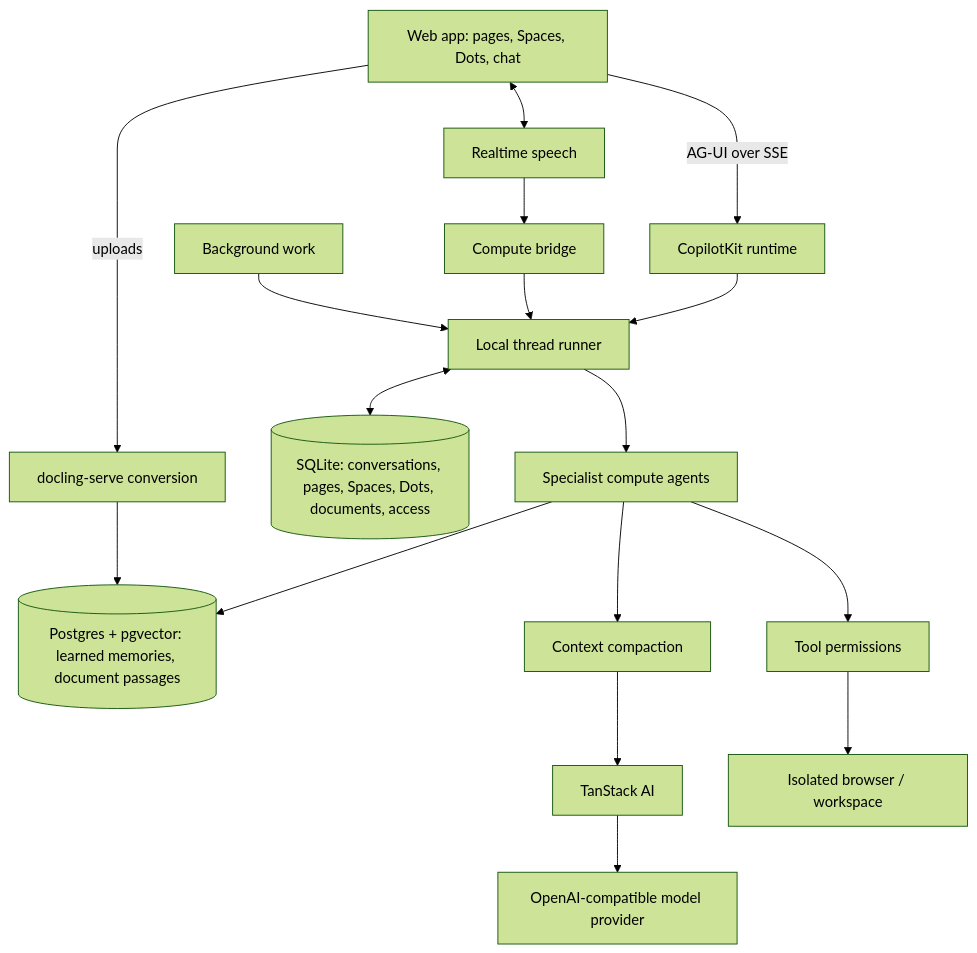
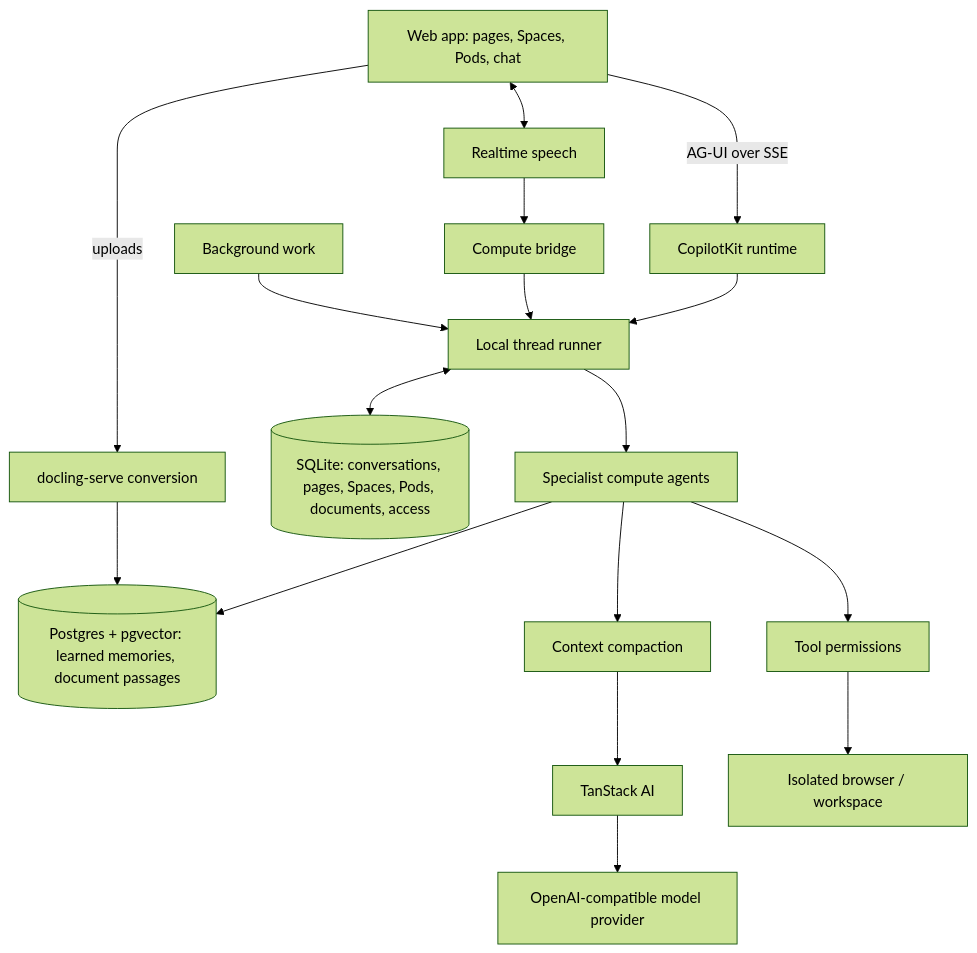
Before and after one commit to The-Always-Open-Company/OpenDots: the diagram in README.md, drawn with Mermaid (forest theme). The commit also changed other lines of this file and 71 other files, not shown here.

Commit message:
Rename user-facing Dots and OpenDots copy to Pods so the interface and docs use the new product name.

````diff
--- a/README.md
+++ b/README.md
@@ -127,19 +127,19 @@
 ```mermaid
 flowchart TB
-  Web["Web app: pages, Spaces, Dots, chat"] -->|AG-UI over SSE| Runtime[CopilotKit runtime]
+  Web["Web app: pages, Spaces, Pods, chat"] -->|AG-UI over SSE| Runtime[CopilotKit runtime]
   Runtime --> ThreadRunner[Local thread runner]
   ThreadRunner --> Agents[Specialist compute agents]
-  ThreadRunner <--> DB[(SQLite: conversations, pages, Spaces, Dots, documents, access)]
+  ThreadRunner <--> DB[(SQLite: conversations, pages, Spaces, Pods, documents, access)]
   Agents --> Search[(Postgres + pgvector: learned memories, document passages)]
   Web -->|uploads| Docling[docling-serve conversion]
   Docling --> Search
   Agents --> Compaction[Context compaction]
   Compaction --> AI[TanStack AI]
   AI --> Provider[OpenAI-compatible model provider]
   Web <--> Speech[Realtime speech]
   Speech --> Bridge[Compute bridge]
   Bridge --> ThreadRunner
   Jobs[Background work] --> ThreadRunner
   Agents --> Controls[Tool permissions]
   Controls --> Computer[Isolated browser / workspace]
 ```
````
